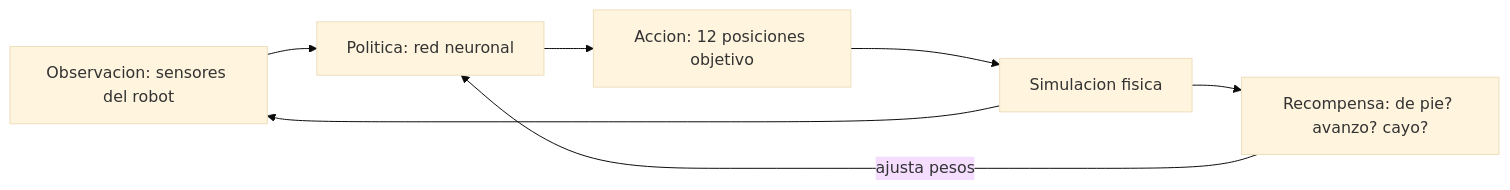
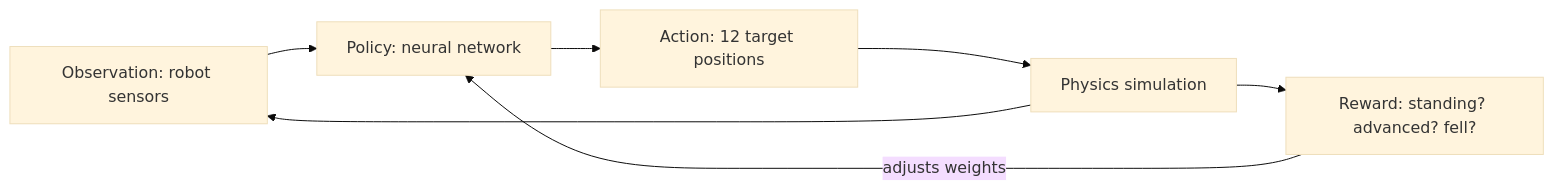
One commit to gabgiani/DAFO-ROBOT-Research changed the first of 2 diagrams in REINFORCEMENT_LEARNING.md. Above: the diagram before and after it, drawn with Mermaid (base theme). The commit also changed other lines of this file and 17 other files, not shown here.

````diff
--- a/REINFORCEMENT_LEARNING.md
+++ b/REINFORCEMENT_LEARNING.md
@@ -45,9 +48,9 @@
 ```mermaid
 flowchart LR
-    Obs[Observacion: sensores del robot] --> Policy[Politica: red neuronal]
-    Policy --> Action[Accion: 12 posiciones objetivo]
-    Action --> Sim[Simulacion fisica]
-    Sim --> Reward[Recompensa: de pie? avanzo? cayo?]
-    Reward -->|ajusta pesos| Policy
+    Obs[Observation: robot sensors] --> Policy[Policy: neural network]
+    Policy --> Action[Action: 12 target positions]
+    Action --> Sim[Physics simulation]
+    Sim --> Reward[Reward: standing? advanced? fell?]
+    Reward -->|adjusts weights| Policy
     Sim --> Obs
 ```
````
